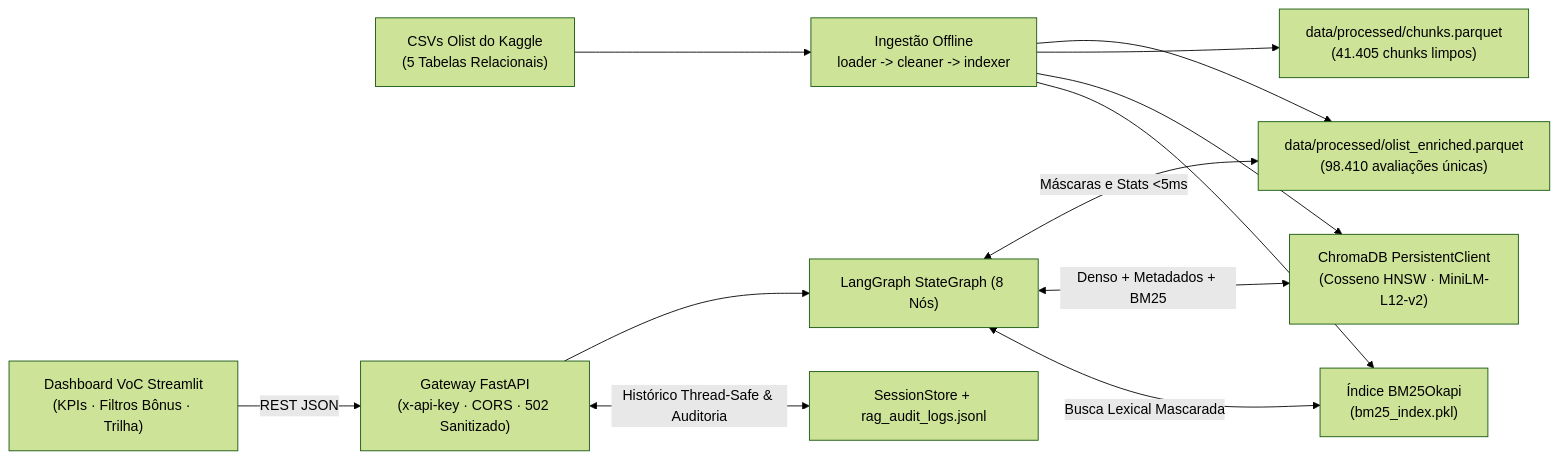
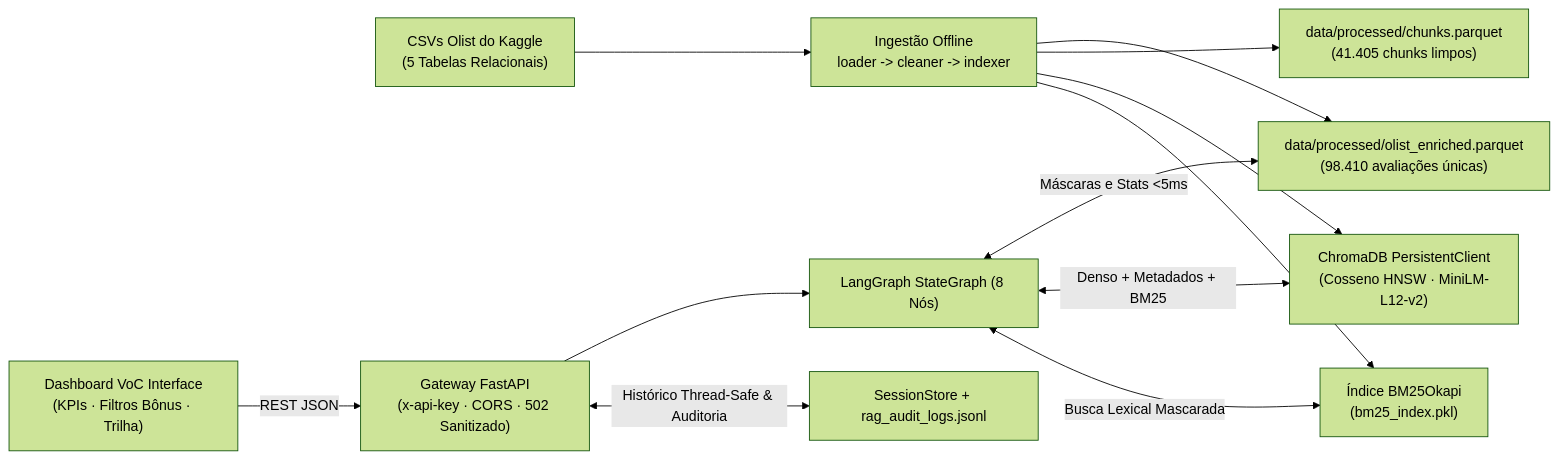
Before and after one commit to MaxxTak/tech-challenge-4: the first of 4 diagrams in README.md, drawn with Mermaid (forest theme). The commit also changed other lines of this file and 1 other file, not shown here.

````diff
--- a/README.md
+++ b/README.md
@@ -24,15 +108,15 @@
 ```mermaid
 flowchart LR
     RAW["CSVs Olist do Kaggle<br/>(5 Tabelas Relacionais)"] --> ING["Ingestão Offline<br/>loader -> cleaner -> indexer"]
     ING --> PQ1["data/processed/olist_enriched.parquet<br/>(98.410 avaliações únicas)"]
     ING --> PQ2["data/processed/chunks.parquet<br/>(41.405 chunks limpos)"]
     ING --> CH["ChromaDB PersistentClient<br/>(Cosseno HNSW · MiniLM-L12-v2)"]
     ING --> BM["Índice BM25Okapi<br/>(bm25_index.pkl)"]
 
-    UI["Dashboard VoC Streamlit<br/>(KPIs · Filtros Bônus · Trilha)"] -->|REST JSON| API["Gateway FastAPI<br/>(x-api-key · CORS · 502 Sanitizado)"]
+    UI["Dashboard VoC Interface<br/>(KPIs · Filtros Bônus · Trilha)"] -->|REST JSON| API["Gateway FastAPI<br/>(x-api-key · CORS · 502 Sanitizado)"]
     API --> LG["LangGraph StateGraph (8 Nós)"]
     LG <-->|Máscaras e Stats <5ms| PQ1
     LG <-->|Denso + Metadados + BM25| CH
     LG <-->|Busca Lexical Mascarada| BM
     API <-->|Histórico Thread-Safe & Auditoria| SS["SessionStore + rag_audit_logs.jsonl"]
 ```
````
